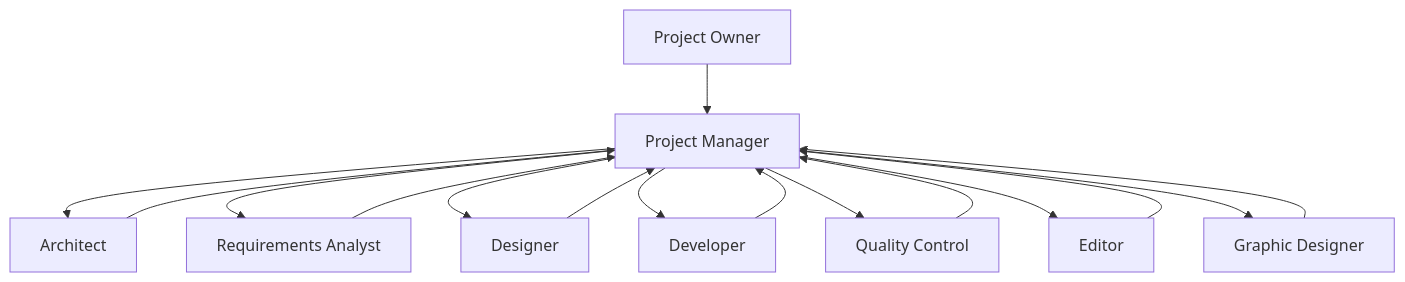
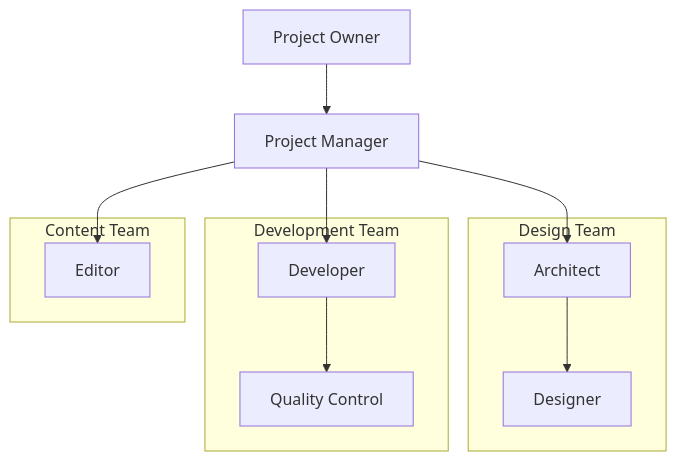
Before and after one commit to Geonitab/architecture_as_code: the diagram in docs/images/diagram_28_agent_team.mmd, drawn with Mermaid. The commit also changed 15 other files, not shown here.

First line of the commit message:
Enhance Gantt chart styling with Kvadrat brand consistency (#1506)

```diff
--- a/docs/images/diagram_28_agent_team.mmd
+++ b/docs/images/diagram_28_agent_team.mmd
@@ -1,27 +1,25 @@
 %% Team collaboration flow for AI agents supporting Architecture as Code initiatives
 flowchart TD
     PO[Project Owner]:::kv-highlight
     PM[Project Manager]:::kv-primary
-    ARCH[Architect]:::kv-accent
-    RA[Requirements Analyst]:::kv-accent
-    DES[Designer]:::kv-pattern
-    DEV[Developer]:::kv-accent
-    QC[Quality Control]:::kv-highlight
-    ED[Editor]:::kv-muted
-    GD[Graphic Designer]:::kv-elevated
+    
+    subgraph "Design Team"
+        ARCH[Architect]:::kv-accent
+        DES[Designer]:::kv-accent
+    end
+    
+    subgraph "Development Team"
+        DEV[Developer]:::kv-accent
+        QC[Quality Control]:::kv-highlight
+    end
+    
+    subgraph "Content Team"
+        ED[Editor]:::kv-muted
+    end
 
     PO --> PM
     PM --> ARCH
-    PM --> RA
-    PM --> DES
     PM --> DEV
-    PM --> QC
     PM --> ED
-    PM --> GD
-    ARCH --> PM
-    RA --> PM
-    DES --> PM
-    DEV --> PM
-    QC --> PM
-    ED --> PM
-    GD --> PM
+    ARCH --> DES
+    DEV --> QC
```
